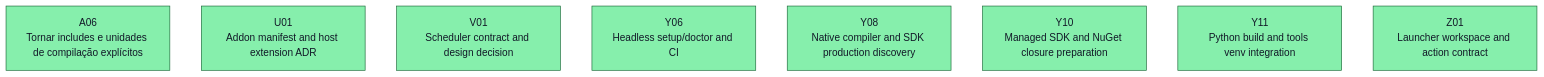
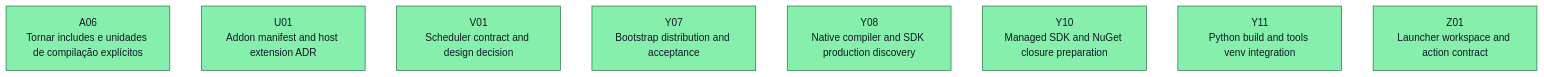
One commit to ocarizr/spaceraiders changed the first of 27 diagrams in docs/task-dependencies.md. Above: the diagram before and after it, drawn with Mermaid (forest theme). The commit also changed other lines of this file and 9 other files, not shown here.

First line of the commit message:
feat(Y06): add headless environment setup and doctor commands (#26)

````diff
--- a/docs/task-dependencies.md
+++ b/docs/task-dependencies.md
@@ -24,14 +24,14 @@
 ```mermaid
 flowchart TD
     ready_A06["A06<br/>Tornar includes e unidades de compilação explícitos"]:::ready
     ready_U01["U01<br/>Addon manifest and host extension ADR"]:::ready
     ready_V01["V01<br/>Scheduler contract and design decision"]:::ready
-    ready_Y06["Y06<br/>Headless setup/doctor and CI"]:::ready
+    ready_Y07["Y07<br/>Bootstrap distribution and acceptance"]:::ready
     ready_Y08["Y08<br/>Native compiler and SDK production discovery"]:::ready
     ready_Y10["Y10<br/>Managed SDK and NuGet closure preparation"]:::ready
     ready_Y11["Y11<br/>Python build and tools venv integration"]:::ready
     ready_Z01["Z01<br/>Launcher workspace and action contract"]:::ready
     classDef pending fill:#ffffff,stroke:#6b7280,color:#111827
     classDef ready fill:#86efac,stroke:#166534,color:#111827
     classDef done fill:#f87171,stroke:#991b1b,color:#111827
 ```
````
